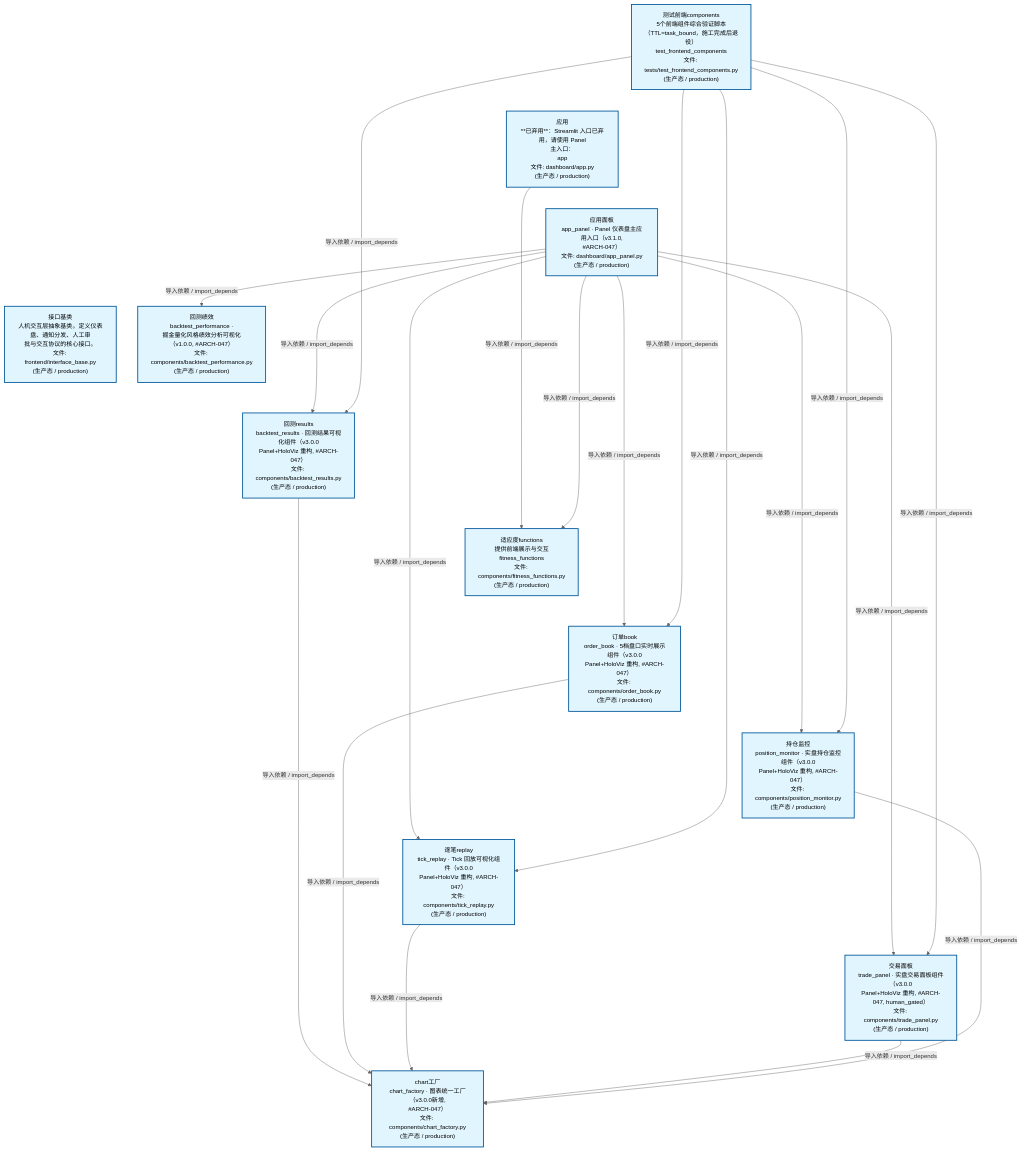
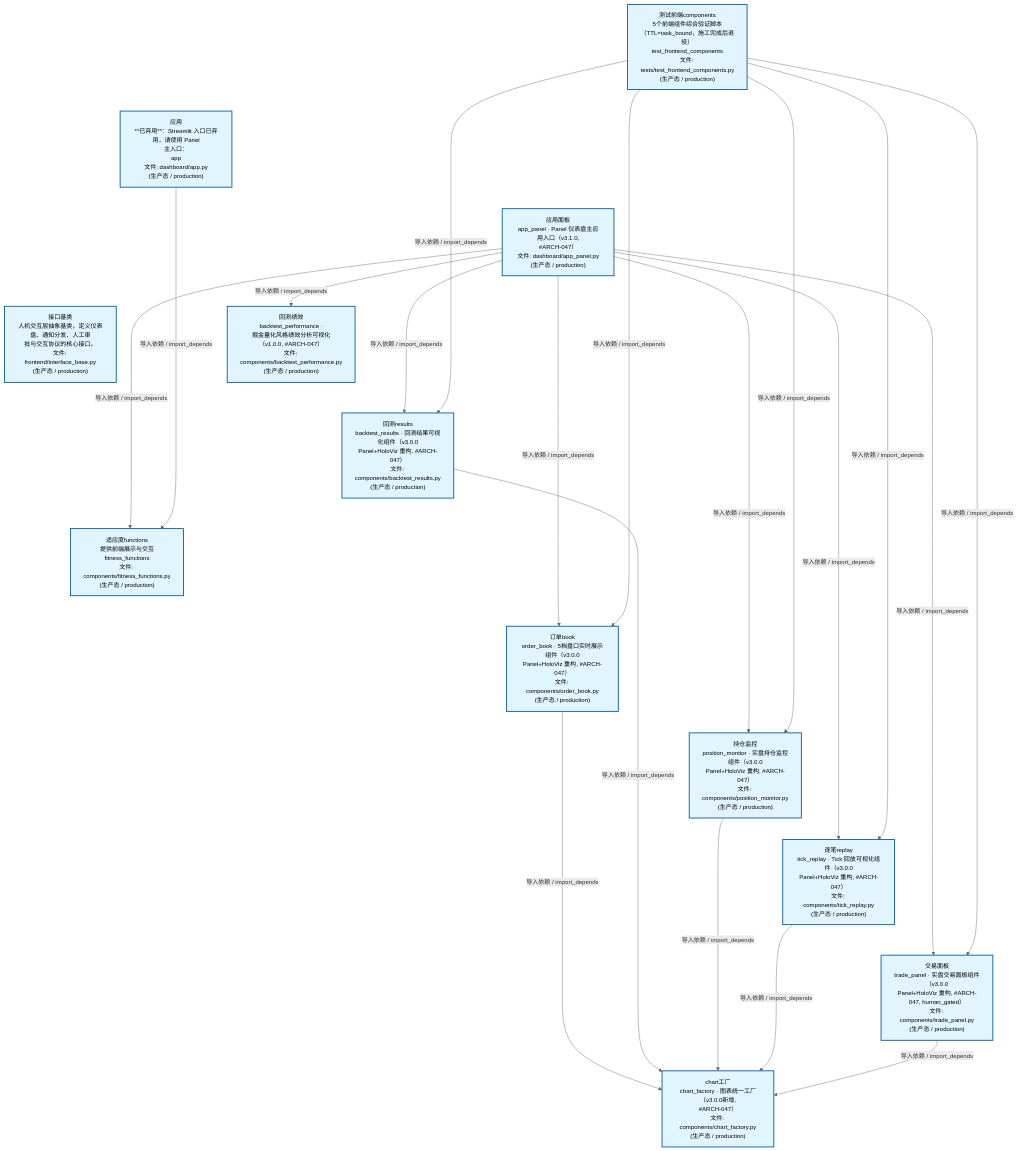
One commit to xuanFelixVan/ZephyrAlpha changed the second of 4 diagrams in docs/02_enterprise_architecture/02_domain_architecture_docs/47_d_frontend.md. Above: the diagram before and after it, drawn with Mermaid. The commit also changed other lines of this file and 44 other files, not shown here.

````diff
--- a/docs/02_enterprise_architecture/02_domain_architecture_docs/47_d_frontend.md
+++ b/docs/02_enterprise_architecture/02_domain_architecture_docs/47_d_frontend.md
@@ -124,48 +124,48 @@
 ```mermaid
 %%{init: {'theme': 'base', 'themeVariables': {'primaryColor': '#eaeaea', 'primaryTextColor': '#333333', 'primaryBorderColor': '#666666', 'lineColor': '#666666', 'secondaryColor': '#eaeaea', 'tertiaryColor': '#eaeaea', 'fontSize': '14px'}}}%%
 flowchart TD
     scripts_tests_test_frontend_components_py["测试前端components<br/>5个前端组件综合验证脚本<br/>（TTL=task_bound，施工完成后退役）<br/>test_frontend_components<br/>文件: tests/test_frontend_components.py<br/>(生产态 / production)"]
     src_zephyr_frontend_dashboard_app_py["应用<br/>**已弃用**：Streamlit 入口已弃用，请使用 Panel<br/>主入口：<br/>app<br/>文件: dashboard/app.py<br/>(生产态 / production)"]
     src_zephyr_frontend_dashboard_app_panel_py["应用面板<br/>app_panel · Panel 仪表盘主应用入口（v3.1.0,<br/>#ARCH-047）<br/>文件: dashboard/app_panel.py<br/>(生产态 / production)"]
     src_zephyr_frontend_interface_base_py["接口基类<br/>人机交互层抽象基类。定义仪表盘、通知分发、人工审<br/>批与交互协议的核心接口。<br/>文件: frontend/interface_base.py<br/>(生产态 / production)"]
     scripts_tests_test_frontend_components_py ~~~ src_zephyr_frontend_dashboard_app_py
     src_zephyr_frontend_dashboard_app_py ~~~ src_zephyr_frontend_dashboard_app_panel_py
     src_zephyr_frontend_dashboard_app_panel_py ~~~ src_zephyr_frontend_interface_base_py
     src_zephyr_frontend_dashboard_components_backtest_performance_py["回测绩效<br/>backtest_performance ·<br/>掘金量化风格绩效分析可视化（v1.0.0, #ARCH-047）<br/>文件: components/backtest_performance.py<br/>(生产态 / production)"]
     src_zephyr_frontend_dashboard_components_backtest_results_py["回测results<br/>backtest_results · 回测结果可视化组件（v3.0.0<br/>Panel+HoloViz 重构, #ARCH-047）<br/>文件: components/backtest_results.py<br/>(生产态 / production)"]
     src_zephyr_frontend_dashboard_components_fitness_functions_py["适应度functions<br/>提供前端展示与交互<br/>fitness_functions<br/>文件: components/fitness_functions.py<br/>(生产态 / production)"]
     src_zephyr_frontend_dashboard_components_order_book_py["订单book<br/>order_book · 5档盘口实时展示组件（v3.0.0<br/>Panel+HoloViz 重构, #ARCH-047）<br/>文件: components/order_book.py<br/>(生产态 / production)"]
     src_zephyr_frontend_dashboard_components_position_monitor_py["持仓监控<br/>position_monitor · 实盘持仓监控组件（v3.0.0<br/>Panel+HoloViz 重构, #ARCH-047）<br/>文件: components/position_monitor.py<br/>(生产态 / production)"]
     src_zephyr_frontend_dashboard_components_tick_replay_py["逐笔replay<br/>tick_replay · Tick 回放可视化组件（v3.0.0<br/>Panel+HoloViz 重构, #ARCH-047）<br/>文件: components/tick_replay.py<br/>(生产态 / production)"]
     src_zephyr_frontend_dashboard_components_trade_panel_py["交易面板<br/>trade_panel · 实盘交易面板组件（v3.0.0<br/>Panel+HoloViz 重构, #ARCH-047, human_gated）<br/>文件: components/trade_panel.py<br/>(生产态 / production)"]
     src_zephyr_frontend_dashboard_components_backtest_performance_py ~~~ src_zephyr_frontend_dashboard_components_backtest_results_py
     src_zephyr_frontend_dashboard_components_backtest_results_py ~~~ src_zephyr_frontend_dashboard_components_fitness_functions_py
     src_zephyr_frontend_dashboard_components_fitness_functions_py ~~~ src_zephyr_frontend_dashboard_components_order_book_py
     src_zephyr_frontend_dashboard_components_order_book_py ~~~ src_zephyr_frontend_dashboard_components_position_monitor_py
     src_zephyr_frontend_dashboard_components_position_monitor_py ~~~ src_zephyr_frontend_dashboard_components_tick_replay_py
     src_zephyr_frontend_dashboard_components_tick_replay_py ~~~ src_zephyr_frontend_dashboard_components_trade_panel_py
     src_zephyr_frontend_dashboard_components_chart_factory_py["chart工厂<br/>chart_factory · 图表统一工厂（v3.0.0新增,<br/>#ARCH-047）<br/>文件: components/chart_factory.py<br/>(生产态 / production)"]
-    src_zephyr_frontend_dashboard_components_backtest_results_py -->|导入依赖 / import_depends| src_zephyr_frontend_dashboard_components_chart_factory_py
-    src_zephyr_frontend_dashboard_app_py -->|导入依赖 / import_depends| src_zephyr_frontend_dashboard_components_fitness_functions_py
-    src_zephyr_frontend_dashboard_app_panel_py -->|导入依赖 / import_depends| src_zephyr_frontend_dashboard_components_backtest_results_py
     src_zephyr_frontend_dashboard_app_panel_py -->|导入依赖 / import_depends| src_zephyr_frontend_dashboard_components_backtest_performance_py
     src_zephyr_frontend_dashboard_app_panel_py -->|导入依赖 / import_depends| src_zephyr_frontend_dashboard_components_fitness_functions_py
     src_zephyr_frontend_dashboard_app_panel_py -->|导入依赖 / import_depends| src_zephyr_frontend_dashboard_components_order_book_py
+    src_zephyr_frontend_dashboard_app_panel_py -->|导入依赖 / import_depends| src_zephyr_frontend_dashboard_components_backtest_results_py
+    src_zephyr_frontend_dashboard_app_panel_py -->|导入依赖 / import_depends| src_zephyr_frontend_dashboard_components_position_monitor_py
     src_zephyr_frontend_dashboard_app_panel_py -->|导入依赖 / import_depends| src_zephyr_frontend_dashboard_components_tick_replay_py
     src_zephyr_frontend_dashboard_app_panel_py -->|导入依赖 / import_depends| src_zephyr_frontend_dashboard_components_trade_panel_py
-    src_zephyr_frontend_dashboard_app_panel_py -->|导入依赖 / import_depends| src_zephyr_frontend_dashboard_components_position_monitor_py
+    src_zephyr_frontend_dashboard_app_py -->|导入依赖 / import_depends| src_zephyr_frontend_dashboard_components_fitness_functions_py
     src_zephyr_frontend_dashboard_components_order_book_py -->|导入依赖 / import_depends| src_zephyr_frontend_dashboard_components_chart_factory_py
+    src_zephyr_frontend_dashboard_components_backtest_results_py -->|导入依赖 / import_depends| src_zephyr_frontend_dashboard_components_chart_factory_py
+    src_zephyr_frontend_dashboard_components_position_monitor_py -->|导入依赖 / import_depends| src_zephyr_frontend_dashboard_components_chart_factory_py
     src_zephyr_frontend_dashboard_components_tick_replay_py -->|导入依赖 / import_depends| src_zephyr_frontend_dashboard_components_chart_factory_py
     src_zephyr_frontend_dashboard_components_trade_panel_py -->|导入依赖 / import_depends| src_zephyr_frontend_dashboard_components_chart_factory_py
-    src_zephyr_frontend_dashboard_components_position_monitor_py -->|导入依赖 / import_depends| src_zephyr_frontend_dashboard_components_chart_factory_py
+    scripts_tests_test_frontend_components_py -->|导入依赖 / import_depends| src_zephyr_frontend_dashboard_components_order_book_py
     scripts_tests_test_frontend_components_py -->|导入依赖 / import_depends| src_zephyr_frontend_dashboard_components_backtest_results_py
-    scripts_tests_test_frontend_components_py -->|导入依赖 / import_depends| src_zephyr_frontend_dashboard_components_order_book_py
+    scripts_tests_test_frontend_components_py -->|导入依赖 / import_depends| src_zephyr_frontend_dashboard_components_position_monitor_py
     scripts_tests_test_frontend_components_py -->|导入依赖 / import_depends| src_zephyr_frontend_dashboard_components_tick_replay_py
     scripts_tests_test_frontend_components_py -->|导入依赖 / import_depends| src_zephyr_frontend_dashboard_components_trade_panel_py
-    scripts_tests_test_frontend_components_py -->|导入依赖 / import_depends| src_zephyr_frontend_dashboard_components_position_monitor_py
     classDef production fill:#e1f5fe,stroke:#01579b,stroke-width:2px,color:#000
     classDef design fill:#fff3e0,stroke:#e65100,stroke-width:2px,color:#000,stroke-dasharray: 5 5
     classDef external_prod fill:#e8f4fd,stroke:#0277bd,stroke-width:1px,color:#000
     classDef external_design fill:#fff8e7,stroke:#ef6c00,stroke-width:1px,color:#000,stroke-dasharray: 5 5
     class scripts_tests_test_frontend_components_py,src_zephyr_frontend_dashboard_app_py,src_zephyr_frontend_dashboard_app_panel_py,src_zephyr_frontend_dashboard_components_backtest_performance_py,src_zephyr_frontend_dashboard_components_backtest_results_py,src_zephyr_frontend_dashboard_components_chart_factory_py,src_zephyr_frontend_dashboard_components_fitness_functions_py,src_zephyr_frontend_dashboard_components_order_book_py,src_zephyr_frontend_dashboard_components_position_monitor_py,src_zephyr_frontend_dashboard_components_tick_replay_py,src_zephyr_frontend_dashboard_components_trade_panel_py,src_zephyr_frontend_interface_base_py production
 ```
````
